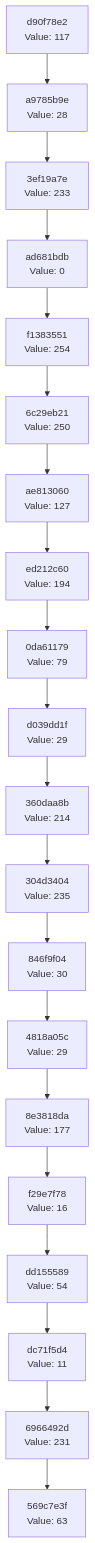
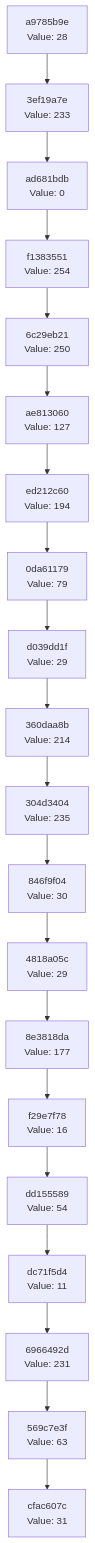
Before and after one commit to Abhisheksinha1506/hash-chain-evolver: the diagram in docs/CHAIN_VISUALIZATION.md, drawn with Mermaid. The commit also changed 2 other files, not shown here.

Commit message:
Evolution Step

````diff
--- a/docs/CHAIN_VISUALIZATION.md
+++ b/docs/CHAIN_VISUALIZATION.md
@@ -3,42 +3,42 @@
 ```mermaid
 graph TD
-    C0["569c7e3f<br/>Value: 63"]
-    C1["6966492d<br/>Value: 231"]
+    C0["cfac607c<br/>Value: 31"]
+    C1["569c7e3f<br/>Value: 63"]
     C1 --> C0
-    C2["dc71f5d4<br/>Value: 11"]
+    C2["6966492d<br/>Value: 231"]
     C2 --> C1
-    C3["dd155589<br/>Value: 54"]
+    C3["dc71f5d4<br/>Value: 11"]
     C3 --> C2
-    C4["f29e7f78<br/>Value: 16"]
+    C4["dd155589<br/>Value: 54"]
     C4 --> C3
-    C5["8e3818da<br/>Value: 177"]
+    C5["f29e7f78<br/>Value: 16"]
     C5 --> C4
-    C6["4818a05c<br/>Value: 29"]
+    C6["8e3818da<br/>Value: 177"]
     C6 --> C5
-    C7["846f9f04<br/>Value: 30"]
+    C7["4818a05c<br/>Value: 29"]
     C7 --> C6
-    C8["304d3404<br/>Value: 235"]
+    C8["846f9f04<br/>Value: 30"]
     C8 --> C7
-    C9["360daa8b<br/>Value: 214"]
+    C9["304d3404<br/>Value: 235"]
     C9 --> C8
-    C10["d039dd1f<br/>Value: 29"]
+    C10["360daa8b<br/>Value: 214"]
     C10 --> C9
-    C11["0da61179<br/>Value: 79"]
+    C11["d039dd1f<br/>Value: 29"]
     C11 --> C10
-    C12["ed212c60<br/>Value: 194"]
+    C12["0da61179<br/>Value: 79"]
     C12 --> C11
-    C13["ae813060<br/>Value: 127"]
+    C13["ed212c60<br/>Value: 194"]
     C13 --> C12
-    C14["6c29eb21<br/>Value: 250"]
+    C14["ae813060<br/>Value: 127"]
     C14 --> C13
-    C15["f1383551<br/>Value: 254"]
+    C15["6c29eb21<br/>Value: 250"]
     C15 --> C14
-    C16["ad681bdb<br/>Value: 0"]
+    C16["f1383551<br/>Value: 254"]
     C16 --> C15
-    C17["3ef19a7e<br/>Value: 233"]
+    C17["ad681bdb<br/>Value: 0"]
     C17 --> C16
-    C18["a9785b9e<br/>Value: 28"]
+    C18["3ef19a7e<br/>Value: 233"]
     C18 --> C17
-    C19["d90f78e2<br/>Value: 117"]
+    C19["a9785b9e<br/>Value: 28"]
     C19 --> C18
 ```
````
